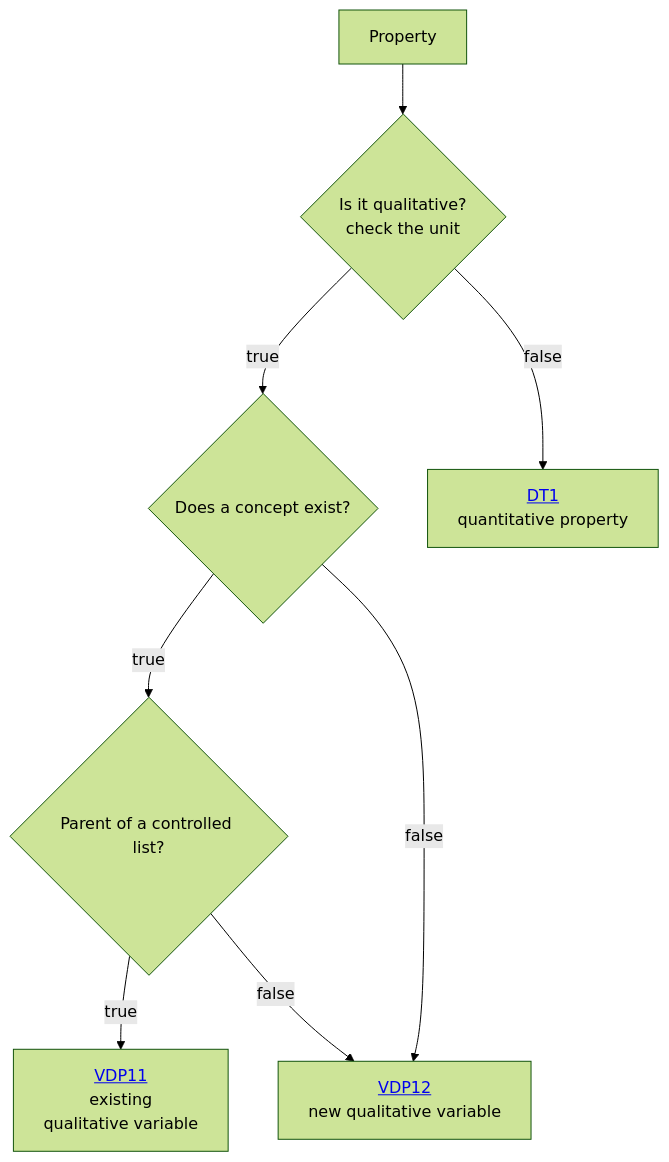
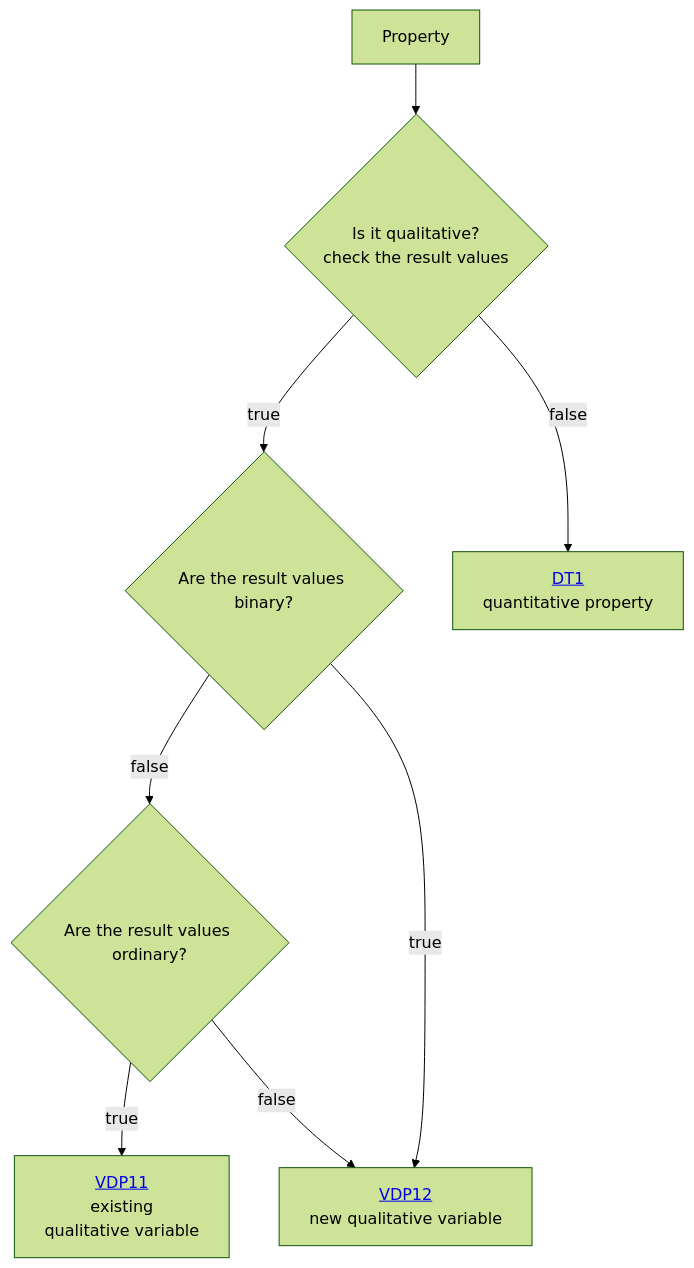
Before and after one commit to mabablue/I-ADOPT-patterns-playground: the diagram in Decisition_trees/DT0.mmd, drawn with Mermaid (forest theme).

```diff
--- a/Decisition_trees/DT0.mmd
+++ b/Decisition_trees/DT0.mmd
@@ -1,8 +1,8 @@
 flowchart TD
-    A[Property] --> B{Is it qualitative? <br> check the unit}
-    B --> |true|C{Does a concept exist?}
+    A[Property] --> B{Is it qualitative? <br> check the result values}
+    B --> |true|C{Are the result values binary?}
     B --> |false|D[<a href='https://github.com/mabablue/I-ADOPT-patterns-playground/blob/main/Decisition_trees/DT1.mmd'>DT1</a><br> quantitative property] 
-    C --> |true|E{Parent of a controlled list?}
-    C --> |false|H[<a href='https://github.com/mabablue/I-ADOPT-patterns-playground/blob/main/pattern/VDP12.yaml'>VDP12</a><br> new qualitative variable] 
+    C --> |false|E{Are the result values ordinary?}
+    C --> |true|H[<a href='https://github.com/mabablue/I-ADOPT-patterns-playground/blob/main/pattern/VDP12.yaml'>VDP12</a><br> new qualitative variable] 
     E --> |true|F[<a href='https://github.com/mabablue/I-ADOPT-patterns-playground/blob/main/pattern/VDP11.yaml'>VDP11</a><br> existing <br> qualitative variable] 
     E --> |false|H
```
